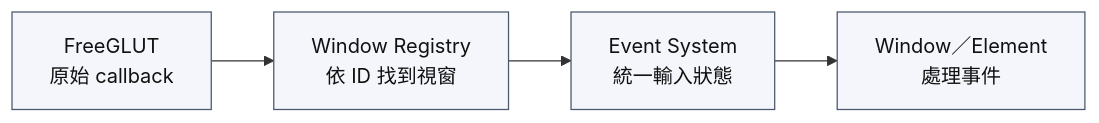
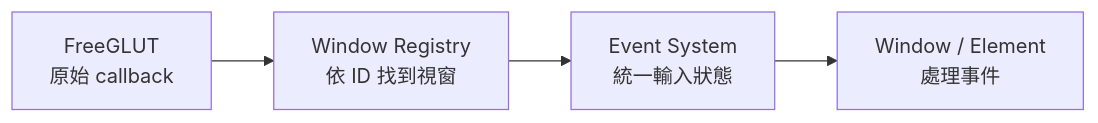
One commit to YuanOwO/CG-hw1-paint changed the diagram in docs/figures-src/ch03_callback-routing.mmd. Above: the diagram before and after it, drawn with Mermaid. The commit also changed 38 other files, not shown here.

First line of the commit message:
docs: 完善架構說明並重新產生相關圖表

```diff
--- a/docs/figures-src/ch03_callback-routing.mmd
+++ b/docs/figures-src/ch03_callback-routing.mmd
@@ -1,10 +1,7 @@
 flowchart LR
     glut[FreeGLUT<br/>原始 callback]
     registry[Window Registry<br/>依 ID 找到視窗]
     event[Event System<br/>統一輸入狀態]
-    target[Window／Element<br/>處理事件]
+    target[Window / Element<br/>處理事件]
 
     glut --> registry --> event --> target
-
-    classDef step fill:#f4f6fb,stroke:#49566b,color:#111,stroke-width:1px;
-    class glut,registry,event,target step;
```
